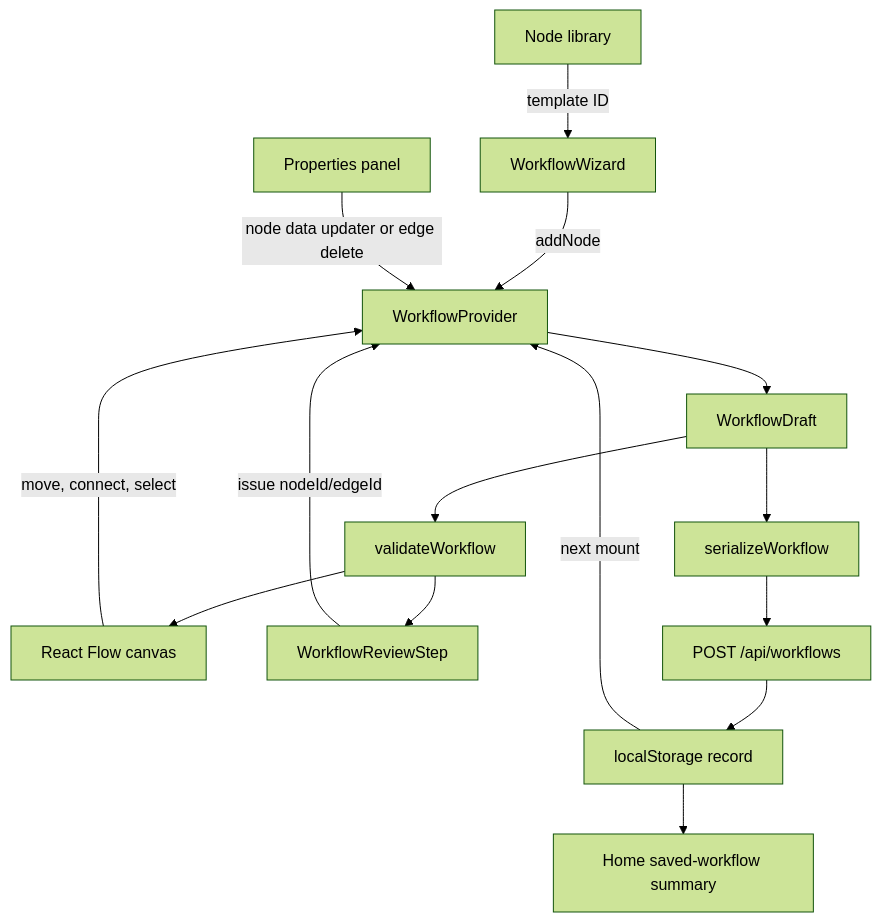
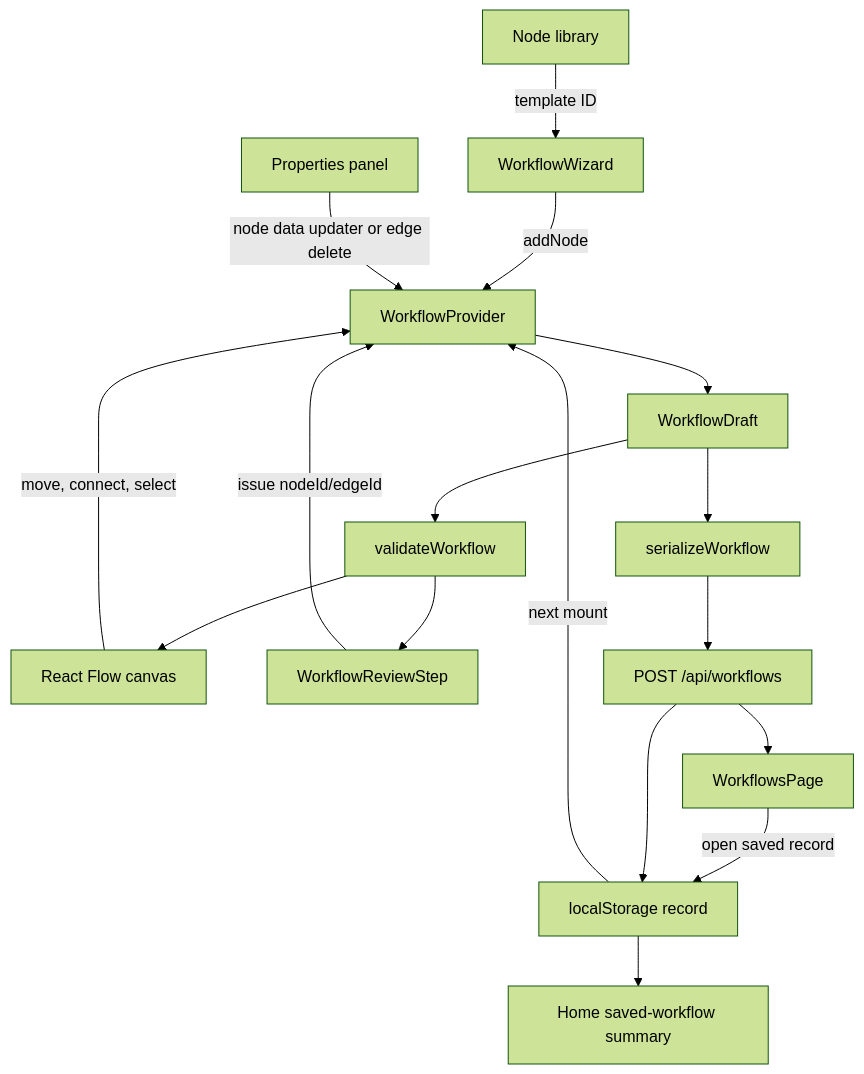
The diagram in docs/03-frontend-state-and-data-flow.md (alezemelo/Baited), drawn with Mermaid (forest theme) before and after one commit. The commit also changed other lines of this file and 11 other files, not shown here.

Commit message:
feat: add saved workflows page with API integration and sidebar navigation

````diff
--- a/docs/03-frontend-state-and-data-flow.md
+++ b/docs/03-frontend-state-and-data-flow.md
@@ -25,17 +26,19 @@
 ```mermaid
 flowchart TD
   Library["Node library"] -->|template ID| Wizard["WorkflowWizard"]
   Wizard -->|addNode| Provider["WorkflowProvider"]
   Canvas["React Flow canvas"] -->|move, connect, select| Provider
   Inspector["Properties panel"] -->|node data updater or edge delete| Provider
   Provider --> Draft["WorkflowDraft"]
   Draft --> Validator["validateWorkflow"]
   Validator --> Canvas
   Validator --> Review["WorkflowReviewStep"]
   Review -->|issue nodeId/edgeId| Provider
   Draft --> Serializer["serializeWorkflow"]
   Serializer --> API["POST /api/workflows"]
+  API --> Archive["WorkflowsPage"]
+  Archive -->|open saved record| Local
   API --> Local["localStorage record"]
   Local -->|next mount| Provider
   Local --> Home["Home saved-workflow summary"]
 ```
````
